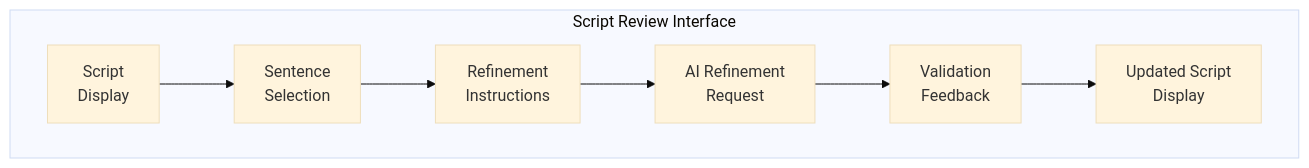
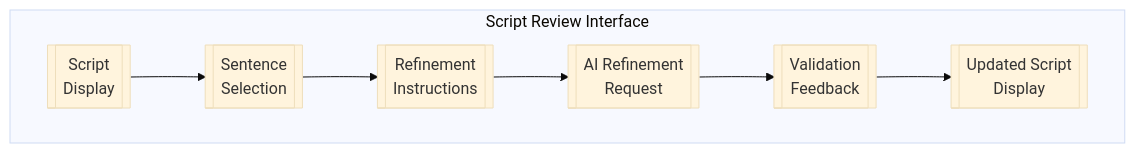
The seventh of 7 diagrams in project-presentation.md (abhivir-42/marketing-app-ad-gen), drawn with Mermaid (base theme) before and after one commit. The commit also changed other lines of this file and 1 other file, not shown here.

Commit message:
Feat: Enhance project diagrams

````diff
--- a/project-presentation.md
+++ b/project-presentation.md
@@ -688,10 +694,10 @@
 ```mermaid
 graph TD
     subgraph "Script Review Interface"
-        A["Script\nDisplay"] --> B["Sentence\nSelection"]
-        B --> C["Refinement\nInstructions"]
-        C --> D["AI Refinement\nRequest"]
-        D --> E["Validation\nFeedback"]
-        E --> F["Updated Script\nDisplay"]
+        A[["Script<br>Display"]] --> B[["Sentence<br>Selection"]]
+        B --> C[["Refinement<br>Instructions"]]
+        C --> D[["AI Refinement<br>Request"]]
+        D --> E[["Validation<br>Feedback"]]
+        E --> F[["Updated Script<br>Display"]]
     end
 ```
````
